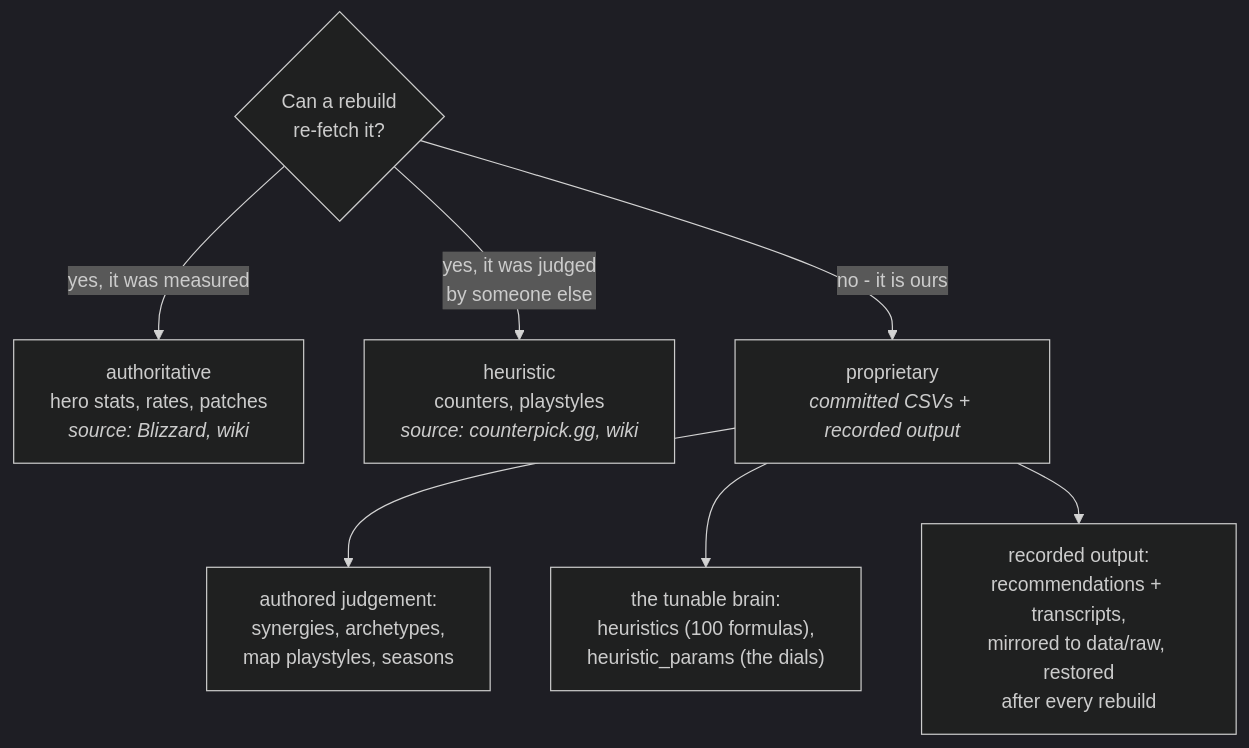
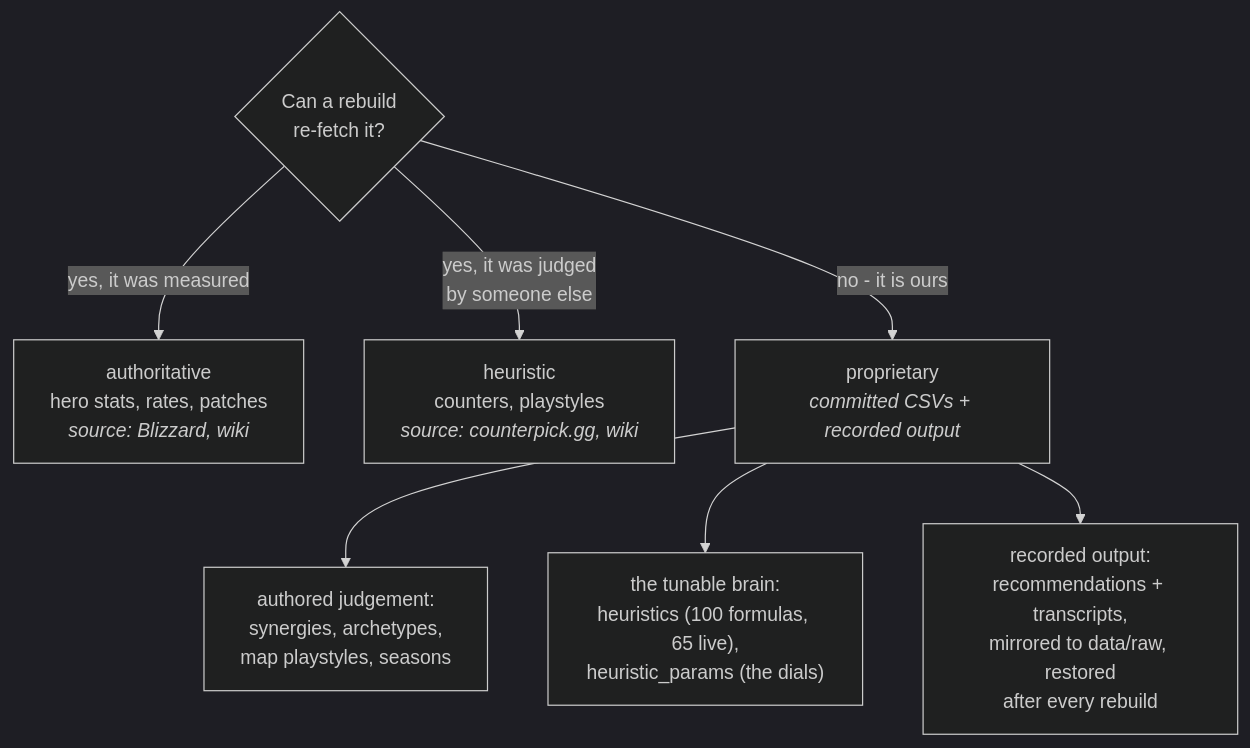
Before and after one commit to mmikol/counter-utility-matrix: the fourth of 5 diagrams in docs/architecture.md, drawn with Mermaid (dark theme). The commit also changed other lines of this file and 5 other files, not shown here.

````diff
--- a/docs/architecture.md
+++ b/docs/architecture.md
@@ -132,10 +132,10 @@
 ```mermaid
 flowchart TD
     Q{"Can a rebuild<br/>re-fetch it?"}
     Q -->|"yes, it was measured"| A["authoritative<br/>hero stats, rates, patches<br/><i>source: Blizzard, wiki</i>"]
     Q -->|"yes, it was judged<br/>by someone else"| H["heuristic<br/>counters, playstyles<br/><i>source: counterpick.gg, wiki</i>"]
     Q -->|"no - it is ours"| P["proprietary<br/><i>committed CSVs + recorded output</i>"]
     P --> P1["authored judgement:<br/>synergies, archetypes,<br/>map playstyles, seasons"]
-    P --> P2["the tunable brain:<br/>heuristics (100 formulas),<br/>heuristic_params (the dials)"]
+    P --> P2["the tunable brain:<br/>heuristics (100 formulas, 65 live),<br/>heuristic_params (the dials)"]
     P --> P3["recorded output:<br/>recommendations + transcripts,<br/>mirrored to data/raw, restored<br/>after every rebuild"]
 ```
````
